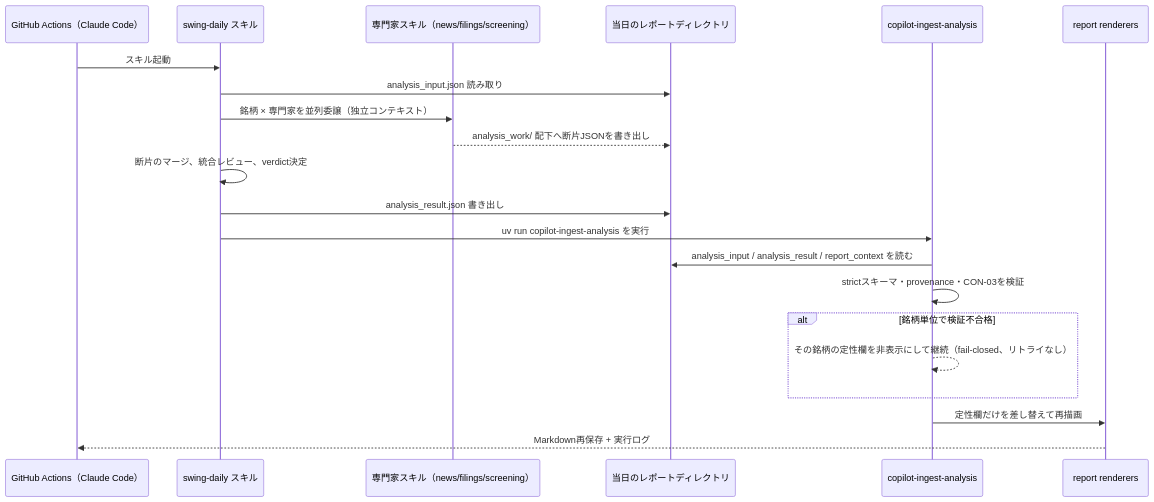
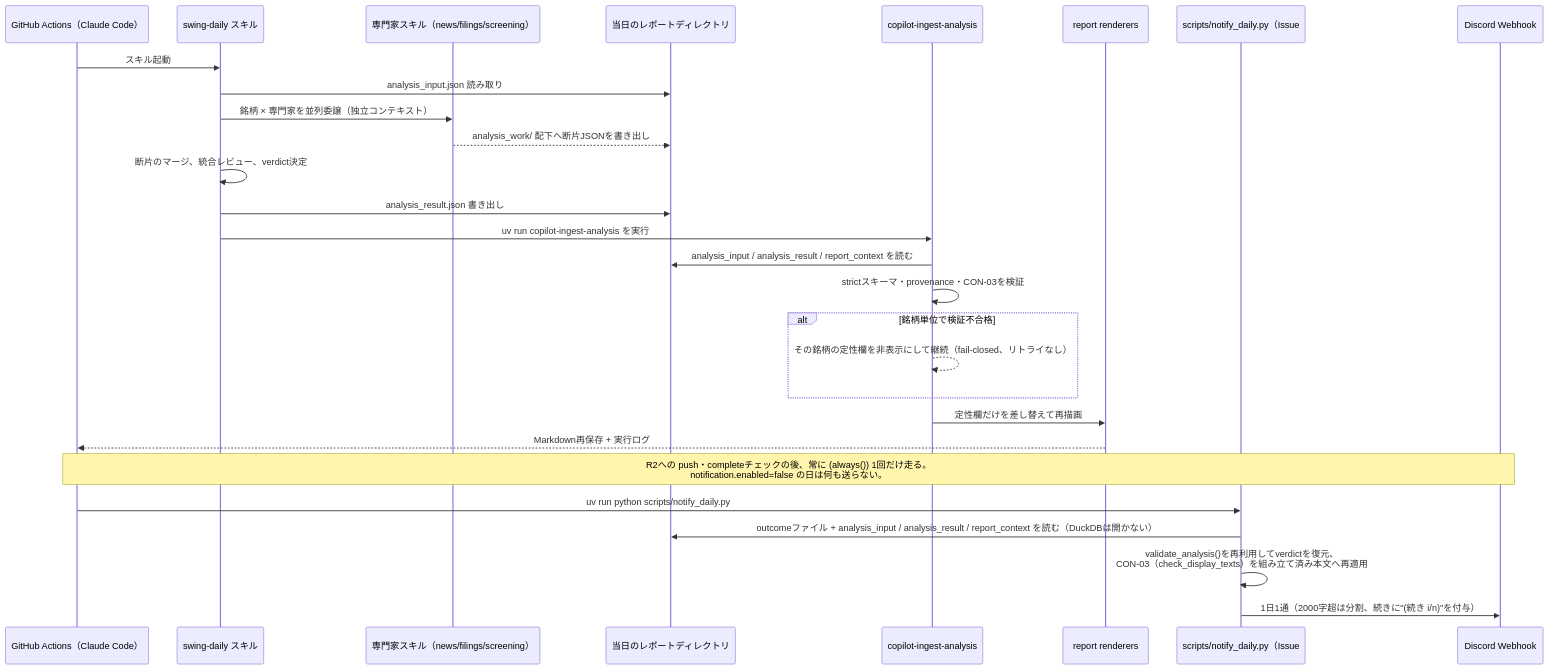
The third of 3 diagrams in docs/03_basic_design.md (tomada1114/swing-copilot), drawn with Mermaid before and after one commit. The commit also changed other lines of this file and 18 other files, not shown here.

First line of the commit message:
feat(notify): 定性 verdict 確定後の1日1通の Discord 通知へ移す (#390)

````diff
--- a/docs/03_basic_design.md
+++ b/docs/03_basic_design.md
@@ -241,24 +248,32 @@
 ```mermaid
 sequenceDiagram
     participant CI as GitHub Actions（Claude Code）
     participant SK as swing-daily スキル
     participant EX as 専門家スキル（news/filings/screening）
     participant FS as 当日のレポートディレクトリ
     participant IN as copilot-ingest-analysis
     participant OUT as report renderers
+    participant NT as scripts/notify_daily.py（Issue #383）
+    participant DC as Discord Webhook
 
     CI->>SK: スキル起動
     SK->>FS: analysis_input.json 読み取り
     SK->>EX: 銘柄 × 専門家を並列委譲（独立コンテキスト）
     EX-->>FS: analysis_work/ 配下へ断片JSONを書き出し
     SK->>SK: 断片のマージ、統合レビュー、verdict決定
     SK->>FS: analysis_result.json 書き出し
     SK->>IN: uv run copilot-ingest-analysis を実行
     IN->>FS: analysis_input / analysis_result / report_context を読む
     IN->>IN: strictスキーマ・provenance・CON-03を検証
     alt 銘柄単位で検証不合格
         IN-->>IN: その銘柄の定性欄を非表示にして継続（fail-closed、リトライなし）
     end
     IN->>OUT: 定性欄だけを差し替えて再描画
     OUT-->>CI: Markdown再保存 + 実行ログ
+
+    Note over CI,DC: R2への push・completeチェックの後、常に (always()) 1回だけ走る。<br/>notification.enabled=false の日は何も送らない。
+    CI->>NT: uv run python scripts/notify_daily.py
+    NT->>FS: outcomeファイル + analysis_input / analysis_result / report_context を読む（DuckDBは開かない）
+    NT->>NT: validate_analysis()を再利用してverdictを復元、<br/>CON-03（check_display_texts）を組み立て済み本文へ再適用
+    NT->>DC: 1日1通（2000字超は分割、続きに"(続き i/n)"を付与）
 ```
````
